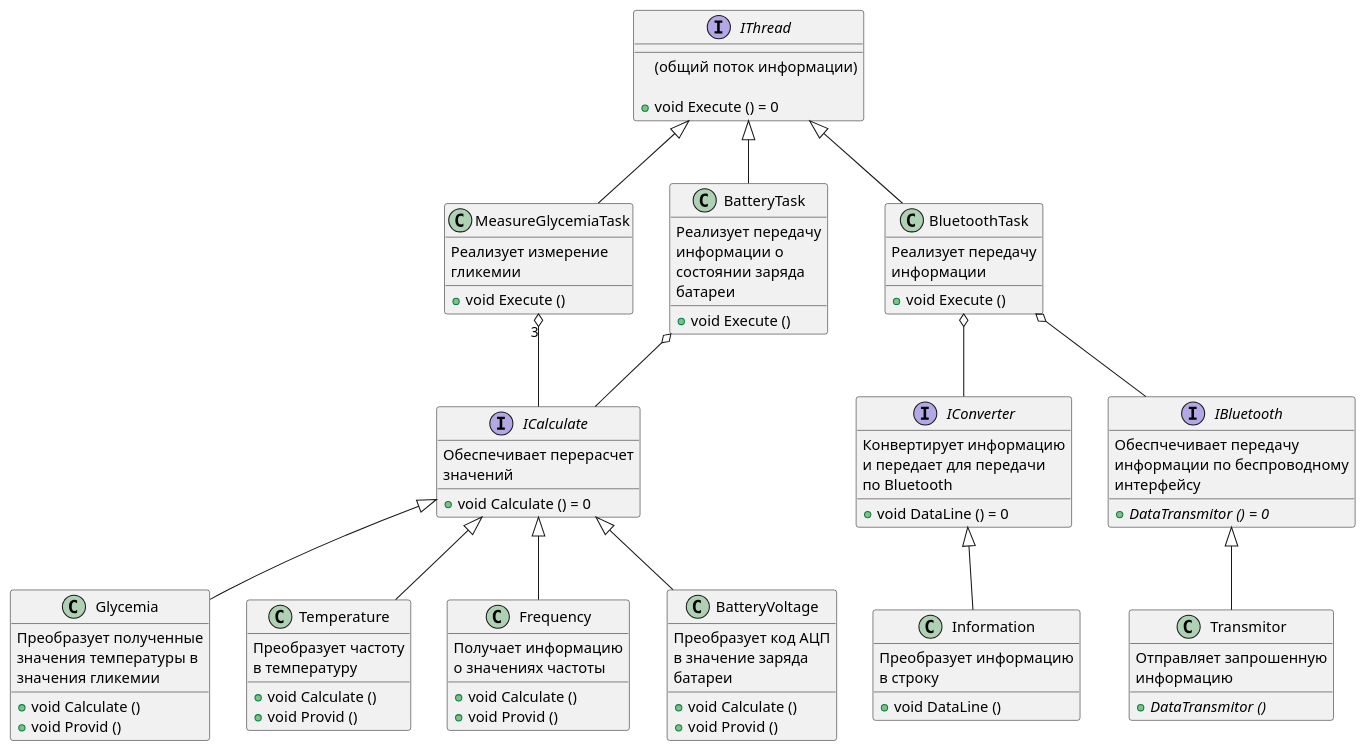
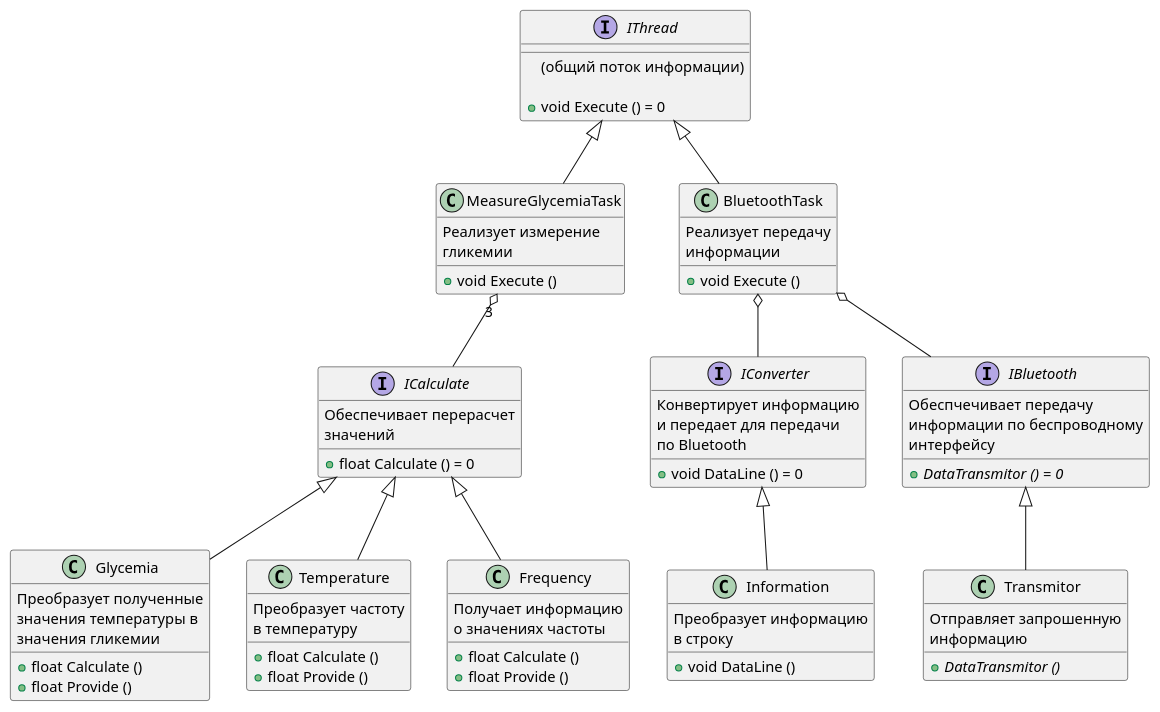
Before and after one commit to Luda-Seliv-KE-413/Kursovoy: the diagram in DOC/UMLMain.puml, drawn with PlantUML. The commit also changed 13 other files, not shown here.

```diff
--- a/DOC/UMLMain.puml
+++ b/DOC/UMLMain.puml
@@ -1,130 +1,106 @@
 @startuml main
 
 interface IThread
 {
 (общий поток информации)
 
 + void Execute () = 0
 }
 class MeasureGlycemiaTask
 {
 Реализует измерение
 гликемии
 
 + void Execute ()
 }
 class Glycemia
 {
 Преобразует полученные
 значения температуры в
 значения гликемии
 
-+ void Calculate ()
-+ void Provid ()
++ float Calculate ()
++ float Provide ()
 }
 
 class Temperature
 {
 Преобразует частоту
 в температуру
 
-+ void Calculate ()
-+ void Provid ()
++ float Calculate ()
++ float Provide ()
 }
 
 class Frequency
 {
 Получает информацию
 о значениях частоты
 
-+ void Calculate ()
-+ void Provid ()
-}
-
-class BatteryTask
-{
-Реализует передачу
-информации о
-состоянии заряда
-батареи
-
-+ void Execute ()
-}
-
-class BatteryVoltage
-{
-Преобразует код АЦП
-в значение заряда
-батареи
-
-+ void Calculate ()
-+ void Provid ()
++ float Calculate ()
++ float Provide ()
 }
 
 class BluetoothTask
 {
 Реализует передачу
 информации
 
 + void Execute ()
 }
 
 class Transmitor
 {
 Отправляет запрошенную
 информацию
 
 + {abstract} DataTransmitor ()
 }
 interface ICalculate
 {
 Обеспечивает перерасчет
 значений
 
-+ void Calculate () = 0
++ float Calculate () = 0
 }
 
 class Information
 {
 Преобразует информацию
 в строку
 
 + void DataLine ()
 }
 interface IBluetooth
 {
 Обеспчечивает передачу
 информации по беспроводному
 интерфейсу
 
 + {abstract} DataTransmitor () = 0
 }
 
 interface IConverter
 {
 Конвертирует информацию
 и передает для передачи
 по Bluetooth
 
 + void DataLine () = 0
 }
 
 BluetoothTask -up-|> IThread
 MeasureGlycemiaTask -up-|> IThread
-BatteryTask -up-|> IThread
 
 BluetoothTask o-- IBluetooth
 BluetoothTask o-- IConverter
 Transmitor -up-|> IBluetooth
 
-BatteryTask o-down- ICalculate
-
 MeasureGlycemiaTask "3" o-down- ICalculate
 Glycemia -up-|> ICalculate
 Temperature -up-|> ICalculate
 Frequency -up-|> ICalculate
-BatteryVoltage -up-|> ICalculate
 
 Information -up-|> IConverter
 
 @enduml
```
